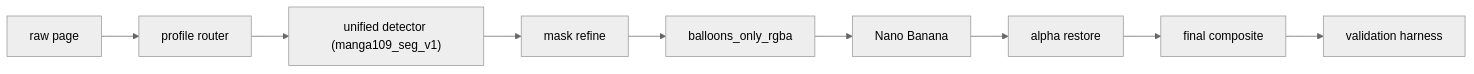
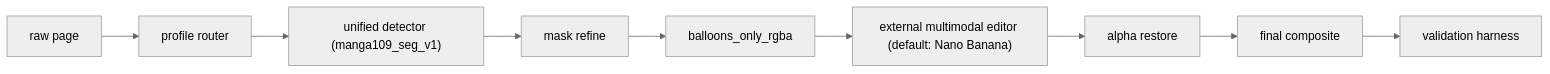
Before and after one commit to robinhood0107repo/NaNoBananacomic: the diagram in doc/구현계획.md, drawn with Mermaid (neutral theme). The commit also changed other lines of this file and 3 other files, not shown here.

````diff
--- a/doc/구현계획.md
+++ b/doc/구현계획.md
@@ -68,11 +69,11 @@
 ```mermaid
 flowchart LR
   A["raw page"] --> B["profile router"]
   B --> C["unified detector (manga109_seg_v1)"]
   C --> D["mask refine"]
   D --> E["balloons_only_rgba"]
-  E --> F["Nano Banana"]
+  E --> F["external multimodal editor (default: Nano Banana)"]
   F --> G["alpha restore"]
   G --> H["final composite"]
   H --> I["validation harness"]
 ```
````
